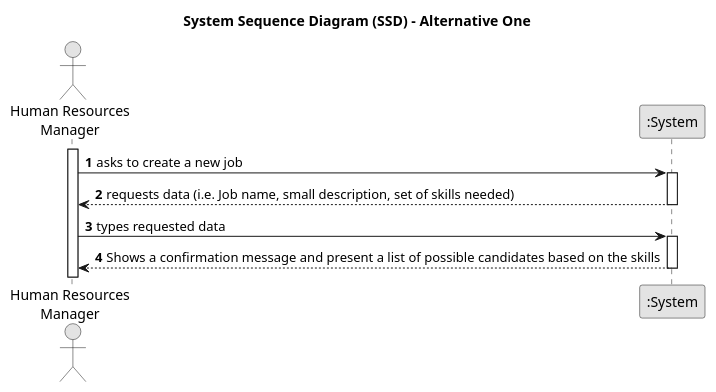
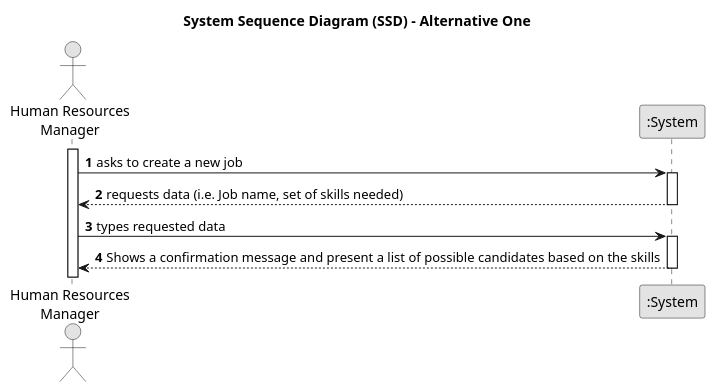
The diagram in docs/sprintB/us002/01.requirements-engineering/puml/us002-system-sequence-diagram-alternative-one.puml (Departamento-de-Engenharia-Informatica/lei-24-s2-1dl-g121), drawn with PlantUML before and after one commit. The commit also changed 3 other files, not shown here.

```diff
--- a/docs/sprintB/us002/01.requirements-engineering/puml/us002-system-sequence-diagram-alternative-one.puml
+++ b/docs/sprintB/us002/01.requirements-engineering/puml/us002-system-sequence-diagram-alternative-one.puml
@@ -1,29 +1,29 @@
 @startuml
 skinparam monochrome true
 skinparam packageStyle rectangle
 skinparam shadowing false
 
 title System Sequence Diagram (SSD) - Alternative One
 
 autonumber
 
 actor "Human Resources\nManager" as Employee
 participant ":System" as System
 
 activate Employee
 
     Employee -> System : asks to create a new job
     activate System
 
-        System --> Employee : requests data (i.e. Job name, small description, set of skills needed)
+        System --> Employee : requests data (i.e. Job name, set of skills needed)
     deactivate System
 
     Employee -> System : types requested data
     activate System
 
         System --> Employee : Shows a confirmation message and present a list of possible candidates based on the skills
     deactivate System
 
 
 
 @enduml
```
